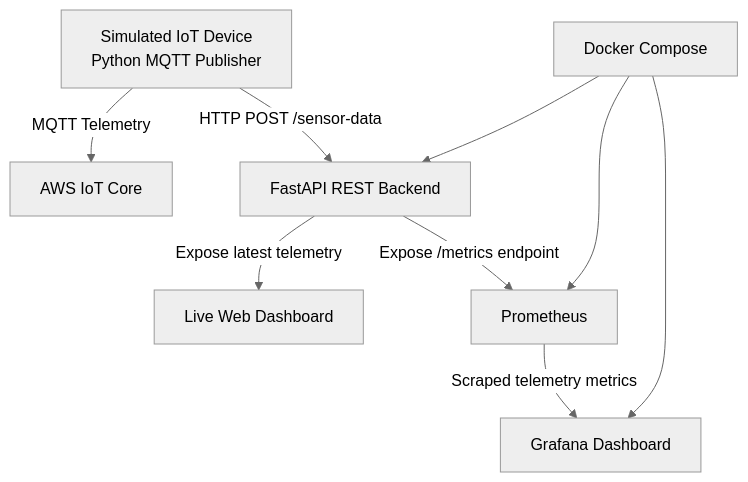
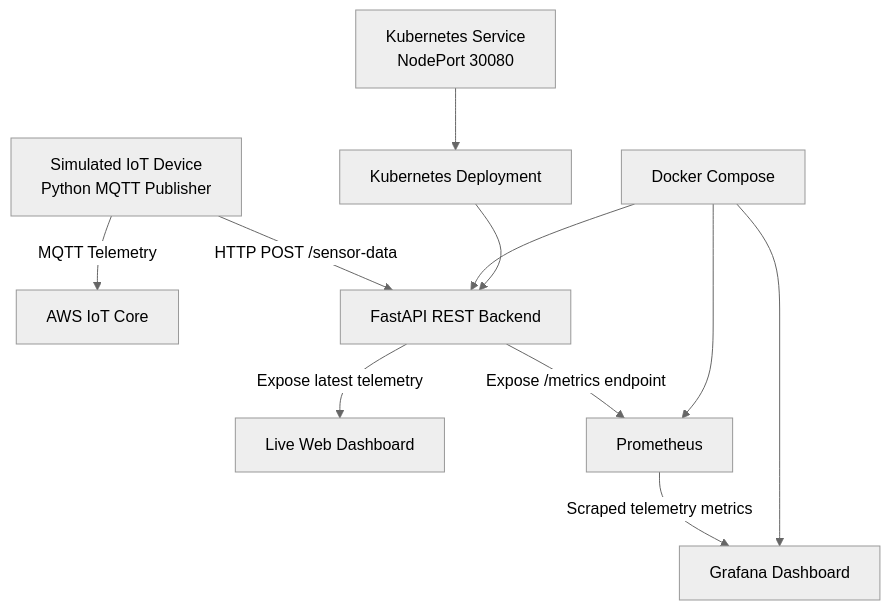
The diagram in README.md (umair95-prog/iot-cloud-platform), drawn with Mermaid (neutral theme) before and after one commit. The commit also changed other lines of this file and 1 other file, not shown here.

Commit message:
Document Kubernetes deployment workflow

````diff
--- a/README.md
+++ b/README.md
@@ -19,16 +19,19 @@
 ```mermaid
 flowchart TD
     A[Simulated IoT Device<br>Python MQTT Publisher] -->|MQTT Telemetry| B[AWS IoT Core]
 
     A -->|HTTP POST /sensor-data| C[FastAPI REST Backend]
 
     C -->|Expose latest telemetry| D[Live Web Dashboard]
 
     C -->|Expose /metrics endpoint| E[Prometheus]
 
     E -->|Scraped telemetry metrics| F[Grafana Dashboard]
 
     G[Docker Compose] --> C
     G --> E
     G --> F
+
+    H[Kubernetes Deployment] --> C
+    I[Kubernetes Service<br>NodePort 30080] --> H
 ```
````
